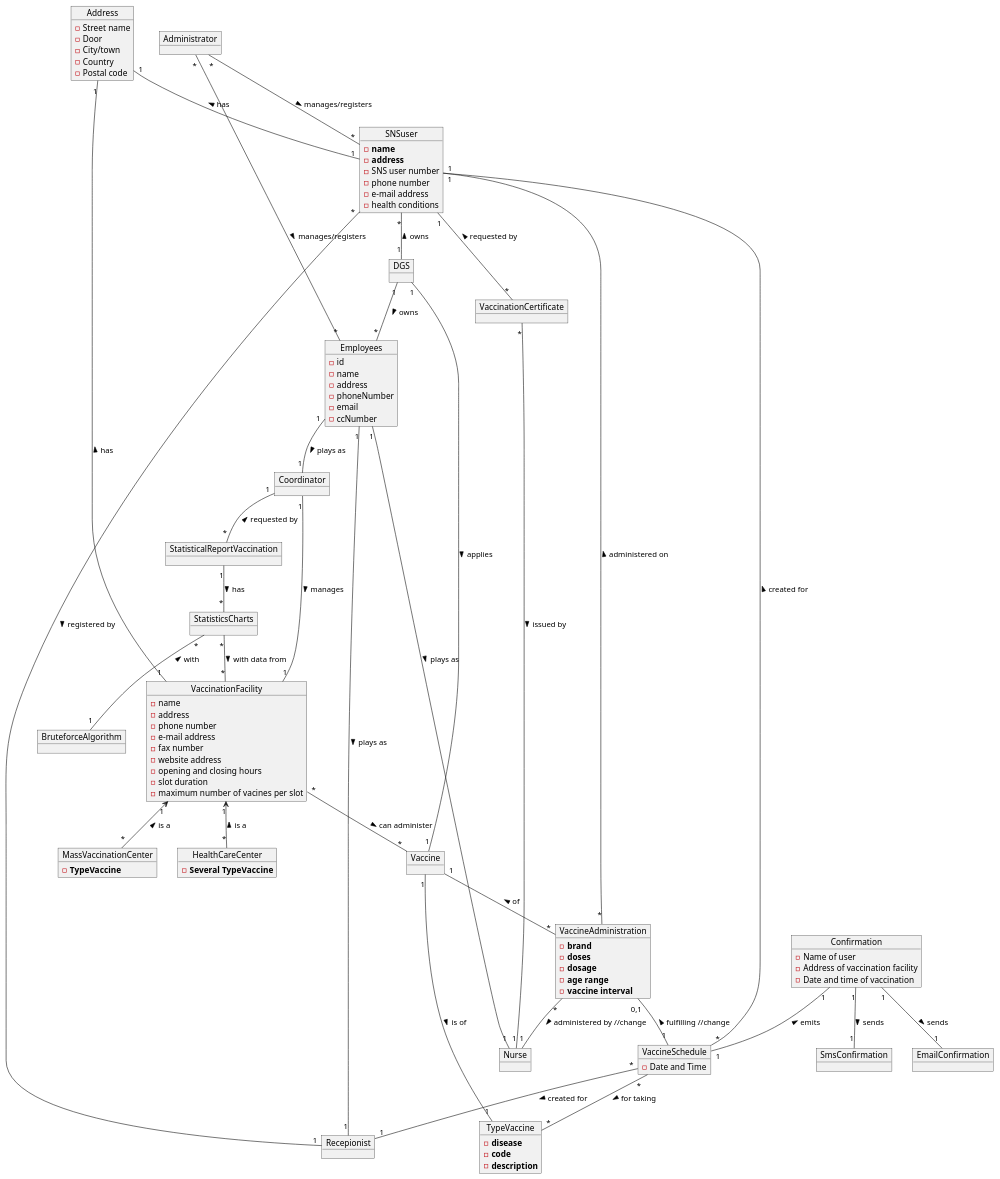
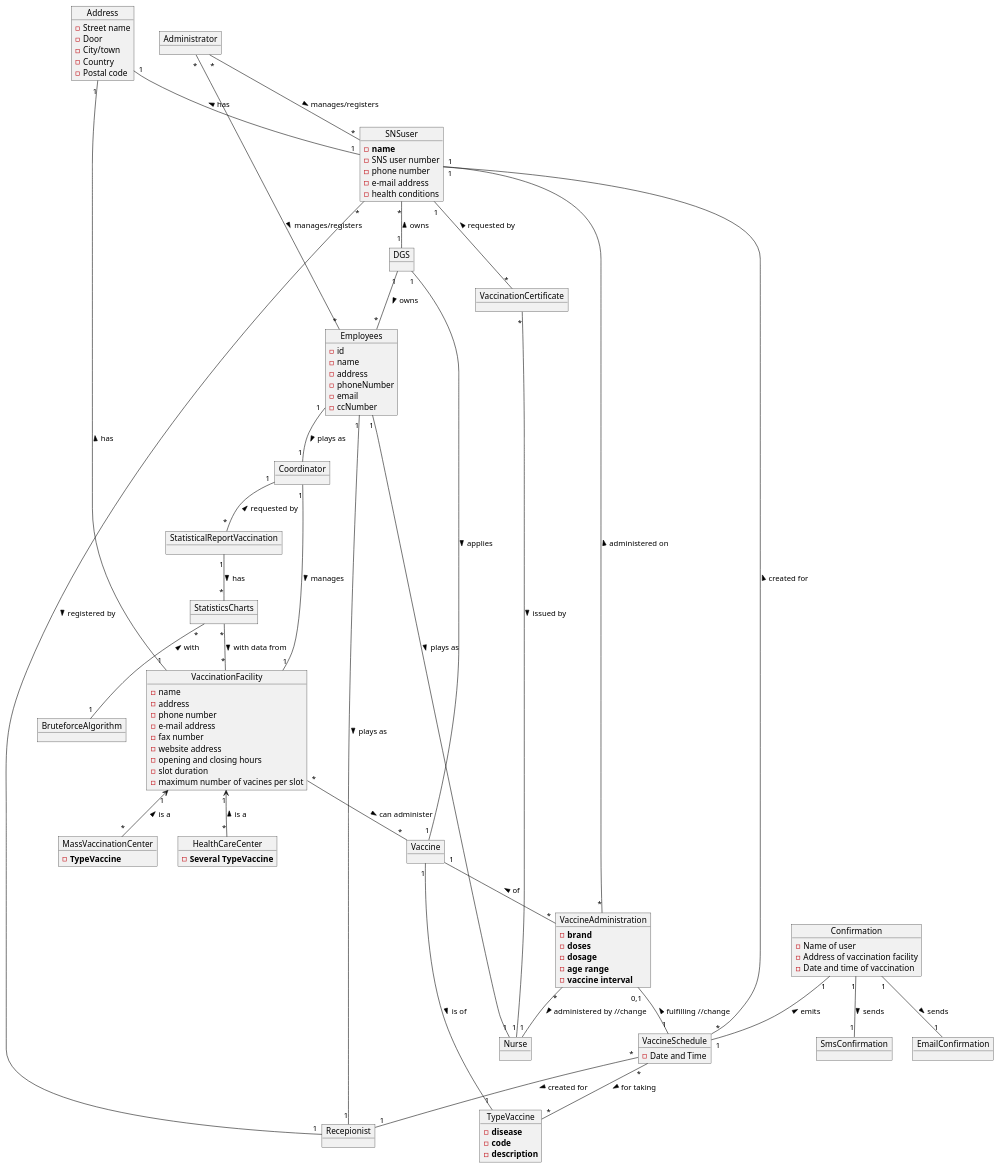
One commit to osnilas/SNSsystem changed the diagram in docs/SprintC/DM.puml. Above: the diagram before and after it, drawn with PlantUML. The commit also changed 3 other files, not shown here.

```diff
--- a/docs/SprintC/DM.puml
+++ b/docs/SprintC/DM.puml
@@ -1,114 +1,113 @@
 @startuml
 'https://plantuml.com/object-diagram
 
 object SNSuser{
 -**name**
--**address**
 -SNS user number
 -phone number
 -e-mail address
 -health conditions
 }
 object DGS
 object Administrator
 object Coordinator
 object Nurse
 object Recepionist
 object VaccinationFacility{
 -name
 -address
 -phone number
 -e-mail address
 -fax number
 -website address
 -opening and closing hours
 -slot duration
 -maximum number of vacines per slot
 }
 object StatisticalReportVaccination
 object MassVaccinationCenter{
 -**TypeVaccine**
 }
 object HealthCareCenter{
 -**Several TypeVaccine**
 }
 object TypeVaccine{
 -**disease**
 -**code**
 -**description**
 }
 
 object Vaccine
 
 object VaccineSchedule{
 -Date and Time
 }
 object VaccinationCertificate
 object VaccineAdministration {
 -**brand**
 -**doses**
 -**dosage**
 -**age range**
 -**vaccine interval**
 }
 object Confirmation{
 -Name of user
 -Address of vaccination facility
 -Date and time of vaccination
 }
 object SmsConfirmation
 object EmailConfirmation
 object Employees{
 -id
 -name
 -address
 -phoneNumber
 -email
 -ccNumber
 }
 object StatisticsCharts
 object BruteforceAlgorithm
 object Address{
 -Street name
 -Door
 -City/town
 -Country
 -Postal code
 }
 
 
 Administrator"*" -- "*" Employees: > manages/registers
 Administrator"*" -- "*" SNSuser: > manages/registers
 SNSuser"*"--"1" DGS : < owns
 DGS"1" -- "*"Employees : > owns
 DGS "1"--"1" Vaccine : > applies
 Employees"1"--"1" Recepionist: > plays as
 Employees"1"--"1" Nurse: > plays as
 Employees"1"--"1" Coordinator: > plays as
 Address"1"--"1" VaccinationFacility: < has
 Address"1"--"1" SNSuser: < has
 SNSuser "1"--"*" VaccinationCertificate: < requested by
 Coordinator"1" --"1" VaccinationFacility: > manages
 VaccinationFacility"1"<--"*" MassVaccinationCenter: < is a
 
 VaccinationFacility"1"<--"*" HealthCareCenter: < is a
 Coordinator"1" -- "*"StatisticalReportVaccination: < requested by
 StatisticalReportVaccination"1" -- "*"StatisticsCharts: > has
 StatisticsCharts"*" -- "1"BruteforceAlgorithm: < with
 StatisticsCharts"*" -- "*"VaccinationFacility: > with data from
 VaccinationFacility "*"--"*" Vaccine: > can administer
 VaccineSchedule"*" -- "1"SNSuser: > created for
 VaccineSchedule"*" -- "1"Recepionist: > created for
 VaccineAdministration"*" -- "1"Nurse: > administered by //change
 Vaccine"1" -- "*"VaccineAdministration: < of
 Recepionist"1" -- "*"SNSuser: < registered by
 VaccineAdministration"*" -- "1"SNSuser: > administered on
 VaccineAdministration"0,1" -- "1"VaccineSchedule: < fulfilling //change
 VaccinationCertificate"*" -- "1"Nurse: > issued by
 Confirmation"1" -- "1"VaccineSchedule: < emits
 Confirmation"1" -- "1"SmsConfirmation:> sends
 Confirmation "1"--"1" EmailConfirmation: > sends
 VaccineSchedule"*" -- "*"TypeVaccine:> for taking
 Vaccine"1" --"1" TypeVaccine:> is of
 
 @enduml
```
